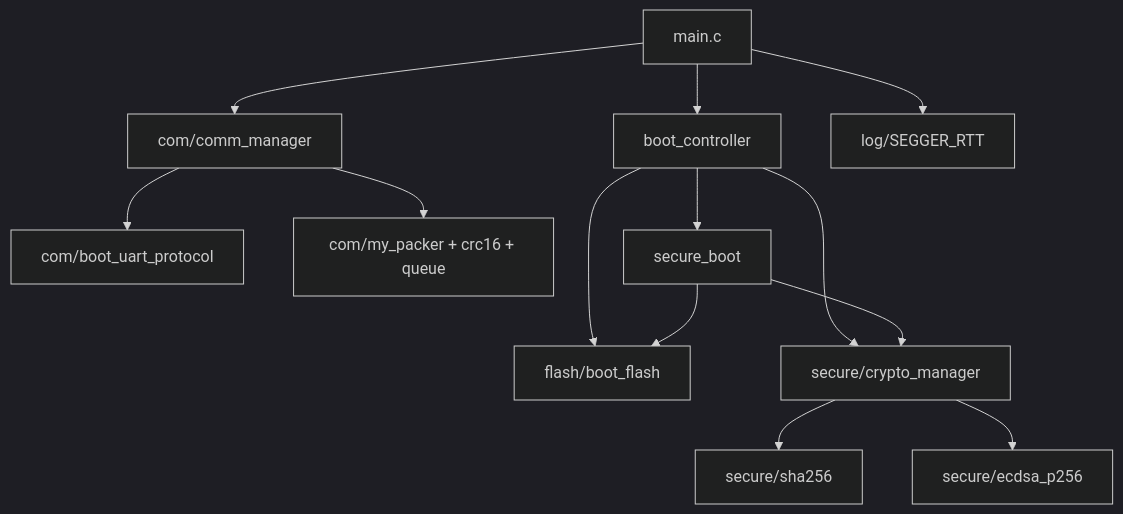
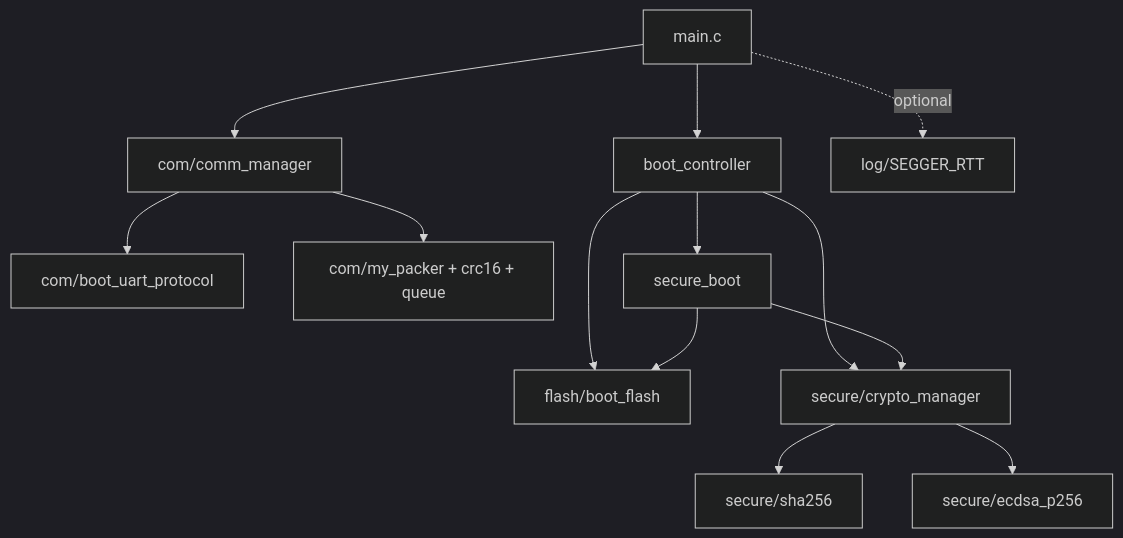
One commit to tiem-alpha/secure_bootloader changed the second of 7 diagrams in README.md. Above: the diagram before and after it, drawn with Mermaid (dark theme). The commit also changed other lines of this file and 21 other files, not shown here.

````diff
--- a/README.md
+++ b/README.md
@@ -296,15 +296,15 @@
 ```mermaid
 flowchart TB
     main[main.c] --> comm[com/comm_manager]
     main --> boot[boot_controller]
     comm --> protocol[com/boot_uart_protocol]
     comm --> packer[com/my_packer + crc16 + queue]
     boot --> secureboot[secure_boot]
     boot --> flash[flash/boot_flash]
     boot --> crypto[secure/crypto_manager]
     secureboot --> crypto
     secureboot --> flash
     crypto --> sha[secure/sha256]
     crypto --> ecdsa[secure/ecdsa_p256]
-    main --> log[log/SEGGER_RTT]
+    main -. optional .-> log[log/SEGGER_RTT]
 ```
````
